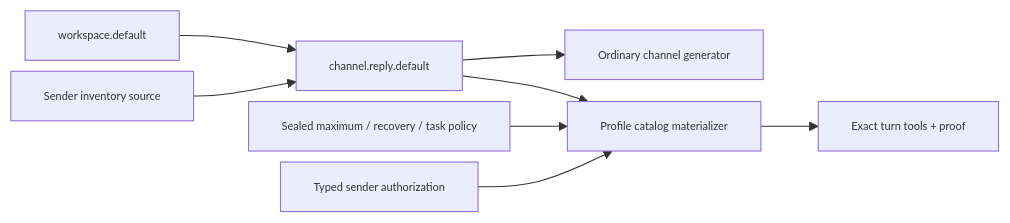
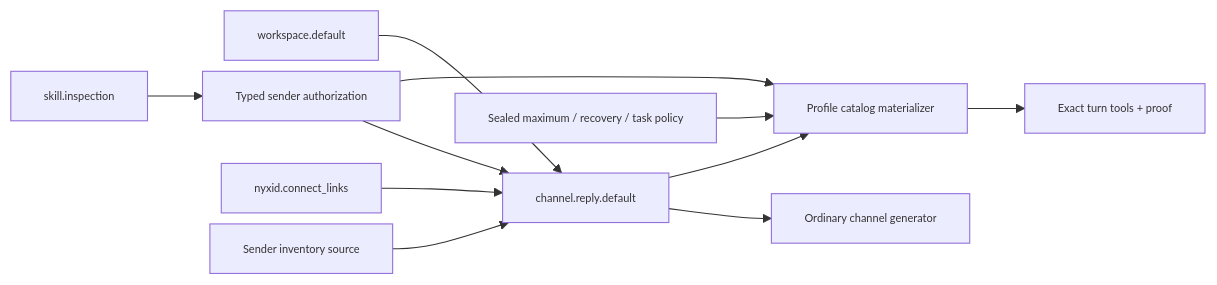
One commit to aevatarAI/aevatar changed the second of 2 diagrams in docs/canon/agent-profile-rollout.md. Above: the diagram before and after it, drawn with Mermaid. The commit also changed other lines of this file and 15 other files, not shown here.

````diff
--- a/docs/canon/agent-profile-rollout.md
+++ b/docs/canon/agent-profile-rollout.md
@@ -117,11 +120,14 @@
 ```mermaid
 %%{init: {"maxTextSize": 100000, "flowchart": {"useMaxWidth": false, "nodeSpacing": 10, "rankSpacing": 50}, "themeVariables": {"fontSize": "10px"}}}%%
 flowchart LR
     W["workspace.default"] --> C["channel.reply.default"]
+    I["skill.inspection"] --> A["skill.authoring"]
+    A --> C
+    L["nyxid.connect_links"] --> C
     S["Sender inventory source"] --> C
     C --> G["Ordinary channel generator"]
     C --> M["Profile catalog materializer"]
     P["Sealed maximum / recovery / task policy"] --> M
     A["Typed sender authorization"] --> M
     M --> T["Exact turn tools + proof"]
 ```
````
